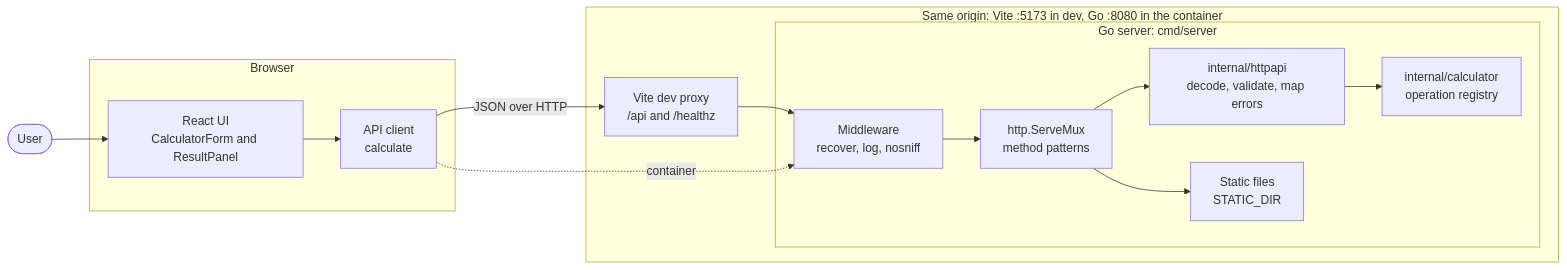
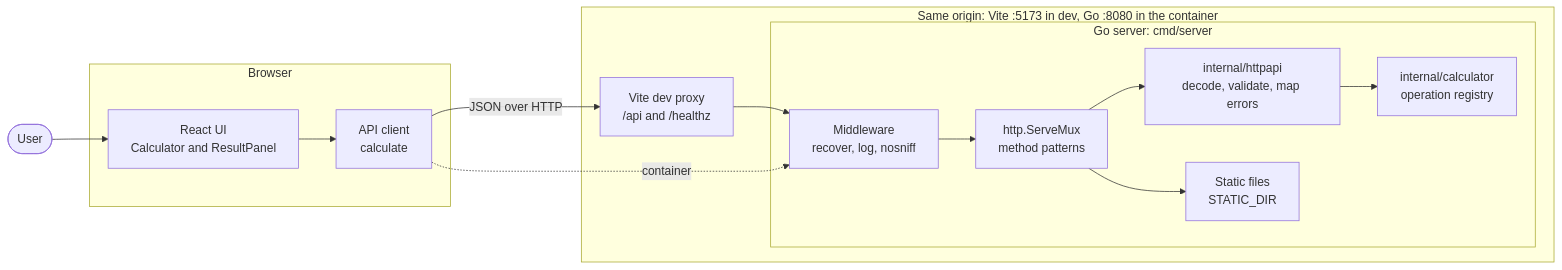
The first of 2 diagrams in docs/architecture.md (BillyJoe121/sezzle-calculator), drawn with Mermaid before and after one commit. The commit also changed other lines of this file and 15 other files, not shown here.

````diff
--- a/docs/architecture.md
+++ b/docs/architecture.md
@@ -15,26 +15,26 @@
 ```mermaid
 flowchart LR
   user([User]) --> ui
   subgraph browser[Browser]
-    ui[React UI<br/>CalculatorForm and ResultPanel]
+    ui[React UI<br/>Calculator and ResultPanel]
     client[API client<br/>calculate]
     ui --> client
   end
   subgraph origin[Same origin: Vite :5173 in dev, Go :8080 in the container]
     proxy[Vite dev proxy<br/>/api and /healthz]
     subgraph server[Go server: cmd/server]
       mw[Middleware<br/>recover, log, nosniff]
       router[http.ServeMux<br/>method patterns]
       http[internal/httpapi<br/>decode, validate, map errors]
       domain[internal/calculator<br/>operation registry]
       static[Static files<br/>STATIC_DIR]
     end
   end
   client -- JSON over HTTP --> proxy
   proxy --> mw
   client -. container .-> mw
   mw --> router
   router --> http
   http --> domain
   router --> static
 ```
````
